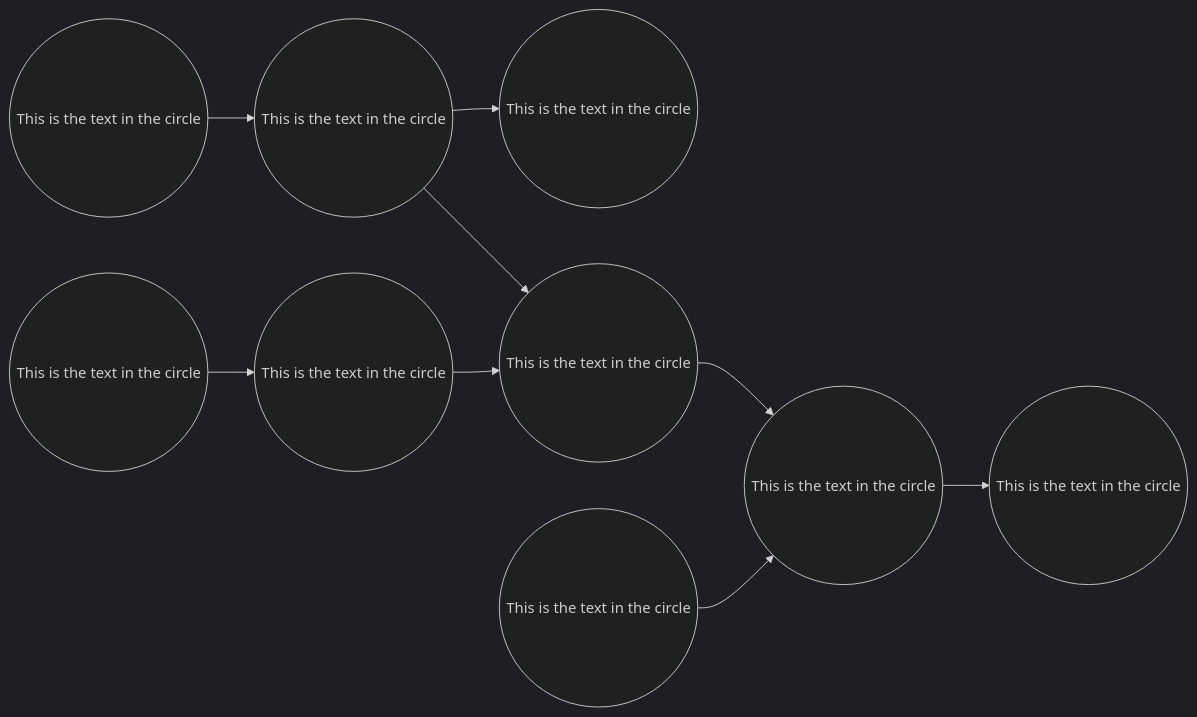
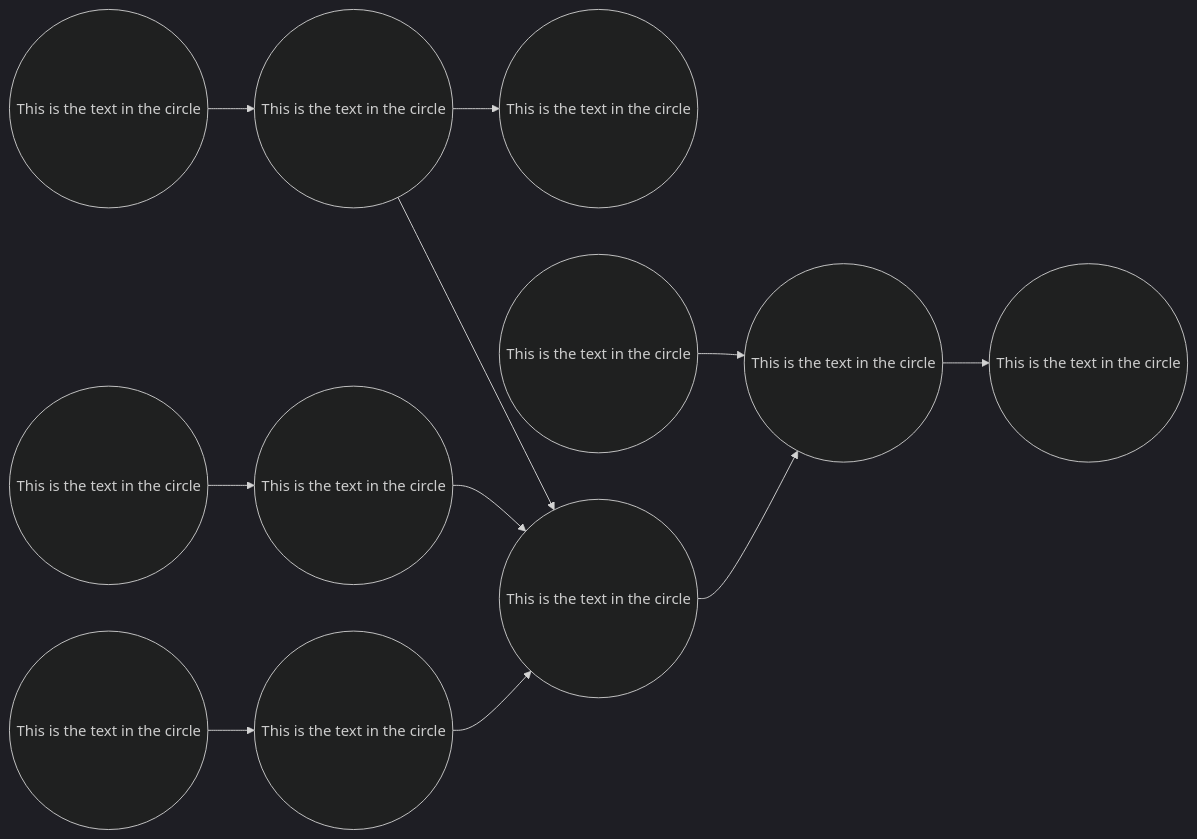
The second of 2 diagrams in slides.md (gerbssusd/dok), drawn with Mermaid (dark theme) before and after one commit.

````diff
--- a/slides.md
+++ b/slides.md
@@ -499,15 +499,17 @@
 ```mermaid {scale: .60}
 
 flowchart LR
     id1((This is the text in the circle)) -->
     id2((This is the text in the circle)) -->
     id3((This is the text in the circle))
+       id7.1((This is the text in the circle))-->
+       id7.2((This is the text in the circle))-->id4
 
        id3.1((This is the text in the circle))-->
        id3.2((This is the text in the circle))-->id4
    id2 --> id4((This is the text in the circle)) -->id6
     id5((This is the text in the circle)) -->
     id6((This is the text in the circle)) -->
     id7((This is the text in the circle))
 
 ```
````
